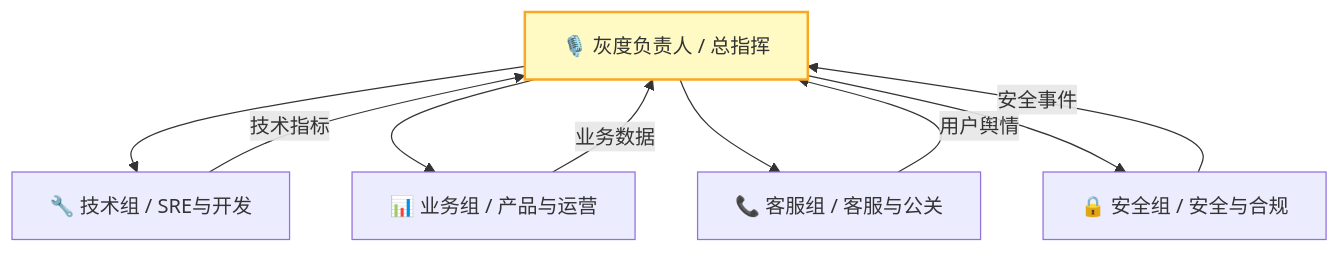
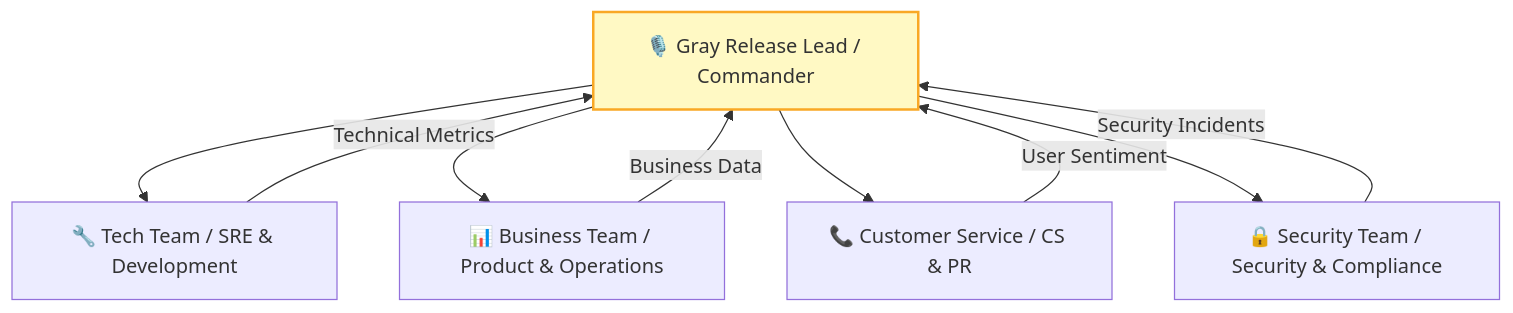
Before and after one commit to Kirky-X/cangjie: the ninth of 9 diagrams in templates/产品/交付层/【模板】灰度方案.md, drawn with Mermaid. The commit also changed other lines of this file and 46 other files, not shown here.

````diff
--- a/templates/产品/交付层/【模板】灰度方案.md
+++ b/templates/产品/交付层/【模板】灰度方案.md
@@ -474,14 +474,14 @@
 ```mermaid
 graph TD
-    RC[🎙️ 灰度负责人 / 总指挥] --> T1[🔧 技术组 / SRE与开发]
-    RC --> T2[📊 业务组 / 产品与运营]
-    RC --> T3[📞 客服组 / 客服与公关]
-    RC --> T4[🔒 安全组 / 安全与合规]
+    RC[🎙️ Gray Release Lead / Commander] --> T1[🔧 Tech Team / SRE & Development]
+    RC --> T2[📊 Business Team / Product & Operations]
+    RC --> T3[📞 Customer Service / CS & PR]
+    RC --> T4[🔒 Security Team / Security & Compliance]
 
-    T1 -->|技术指标| RC
-    T2 -->|业务数据| RC
-    T3 -->|用户舆情| RC
-    T4 -->|安全事件| RC
+    T1 -->|Technical Metrics| RC
+    T2 -->|Business Data| RC
+    T3 -->|User Sentiment| RC
+    T4 -->|Security Incidents| RC
 
     style RC fill:#fff9c4,stroke:#f9a825,stroke-width:2px
 ```
````
